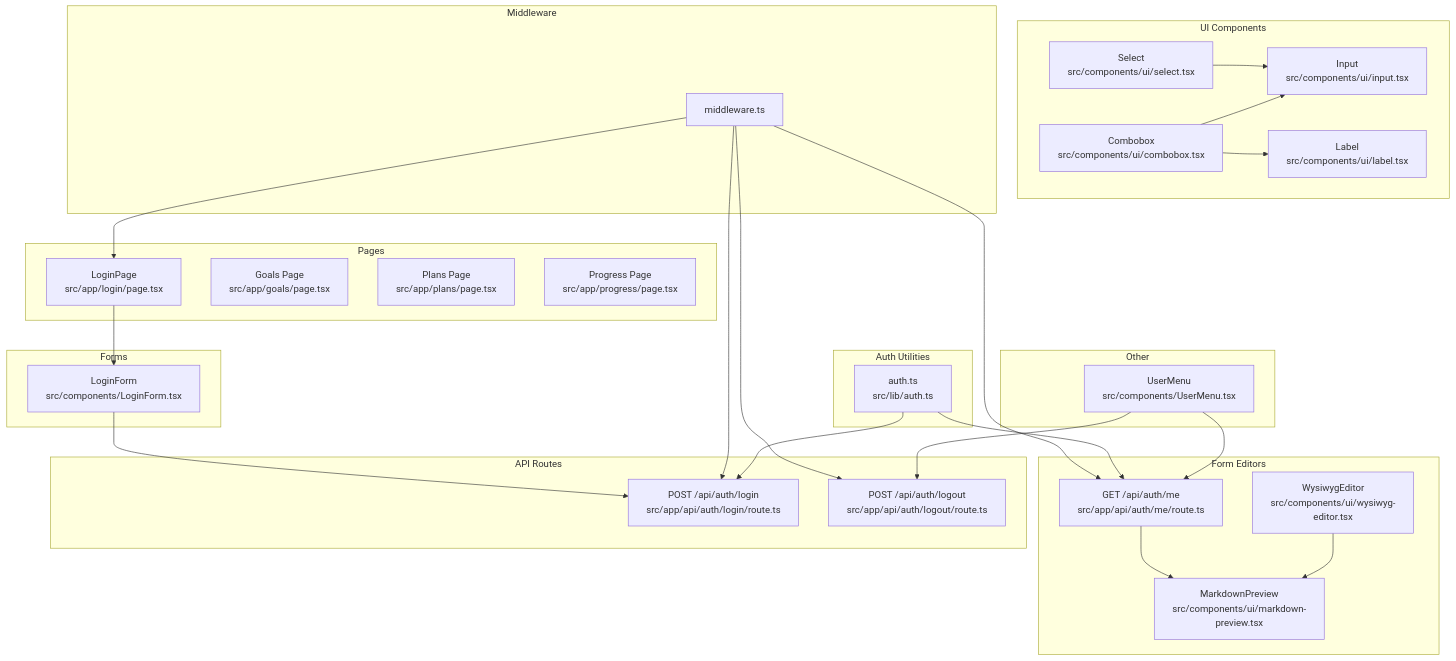
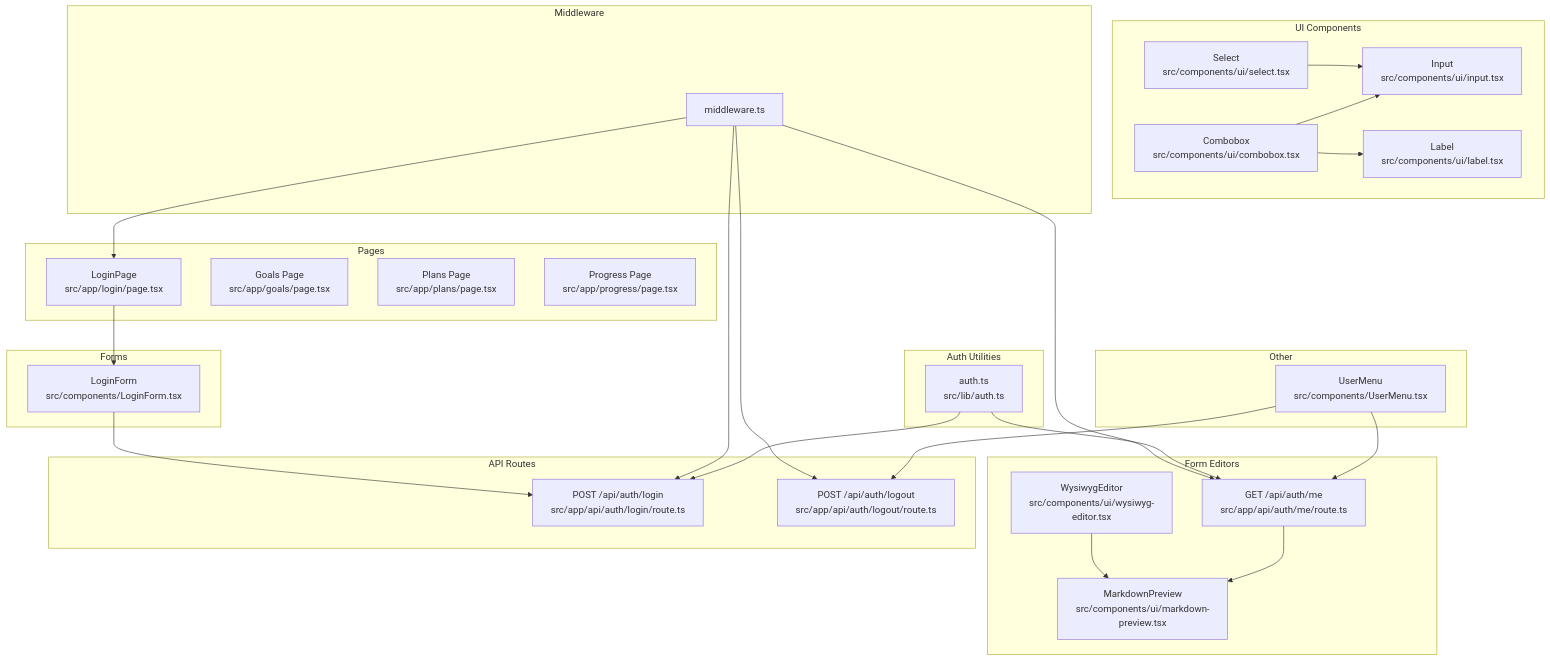
One commit to peixuanhu/goal-mate changed the first of 9 diagrams in .qoder/repowiki/en/content/UI Components/Form Components.md. Above: the diagram before and after it, drawn with Mermaid. The commit also changed other lines of this file and 5 other files, not shown here.

First line of the commit message:
refactor(ui): replace MarkdownEditor with enhanced WysiwygEditor component

````diff
--- a/.qoder/repowiki/en/content/UI Components/Form Components.md
+++ b/.qoder/repowiki/en/content/UI Components/Form Components.md
@@ -66,52 +67,52 @@
 ```mermaid
 graph TB
 subgraph "UI Components"
 CB["Combobox<br/>src/components/ui/combobox.tsx"]
 IN["Input<br/>src/components/ui/input.tsx"]
 LB["Label<br/>src/components/ui/label.tsx"]
 SL["Select<br/>src/components/ui/select.tsx"]
 end
 subgraph "Form Editors"
+WE["WysiwygEditor<br/>src/components/ui/wysiwyg-editor.tsx"]
 ME["MarkdownEditor<br/>src/components/ui/markdown-editor.tsx"]
 MP["MarkdownPreview<br/>src/components/ui/markdown-preview.tsx"]
-WE["WysiwygEditor<br/>src/components/ui/wysiwyg-editor.tsx"]
 end
 subgraph "Forms"
 LF["LoginForm<br/>src/components/LoginForm.tsx"]
 end
 subgraph "Pages"
 LP["LoginPage<br/>src/app/login/page.tsx"]
 GP["Goals Page<br/>src/app/goals/page.tsx"]
 PP["Plans Page<br/>src/app/plans/page.tsx"]
 PRP["Progress Page<br/>src/app/progress/page.tsx"]
 end
 subgraph "Auth Utilities"
 AT["auth.ts<br/>src/lib/auth.ts"]
 end
 subgraph "API Routes"
 LG["POST /api/auth/login<br/>src/app/api/auth/login/route.ts"]
 LO["POST /api/auth/logout<br/>src/app/api/auth/logout/route.ts"]
 ME["GET /api/auth/me<br/>src/app/api/auth/me/route.ts"]
 end
 subgraph "Middleware"
 MW["middleware.ts"]
 end
 subgraph "Other"
 UM["UserMenu<br/>src/components/UserMenu.tsx"]
 end
 LP --> LF
 LF --> LG
 MW --> LP
 MW --> LG
 MW --> LO
 MW --> ME
 AT --> LG
 AT --> ME
 UM --> LO
 UM --> ME
 CB --> IN
 CB --> LB
 SL --> IN
+WE --> MP
 ME --> MP
-WE --> MP
 ```
````
